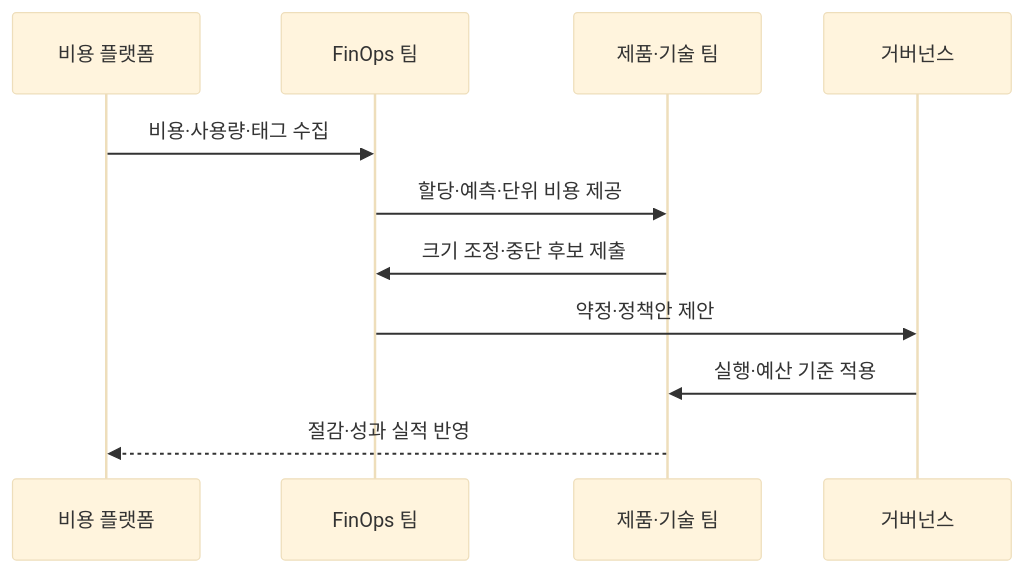
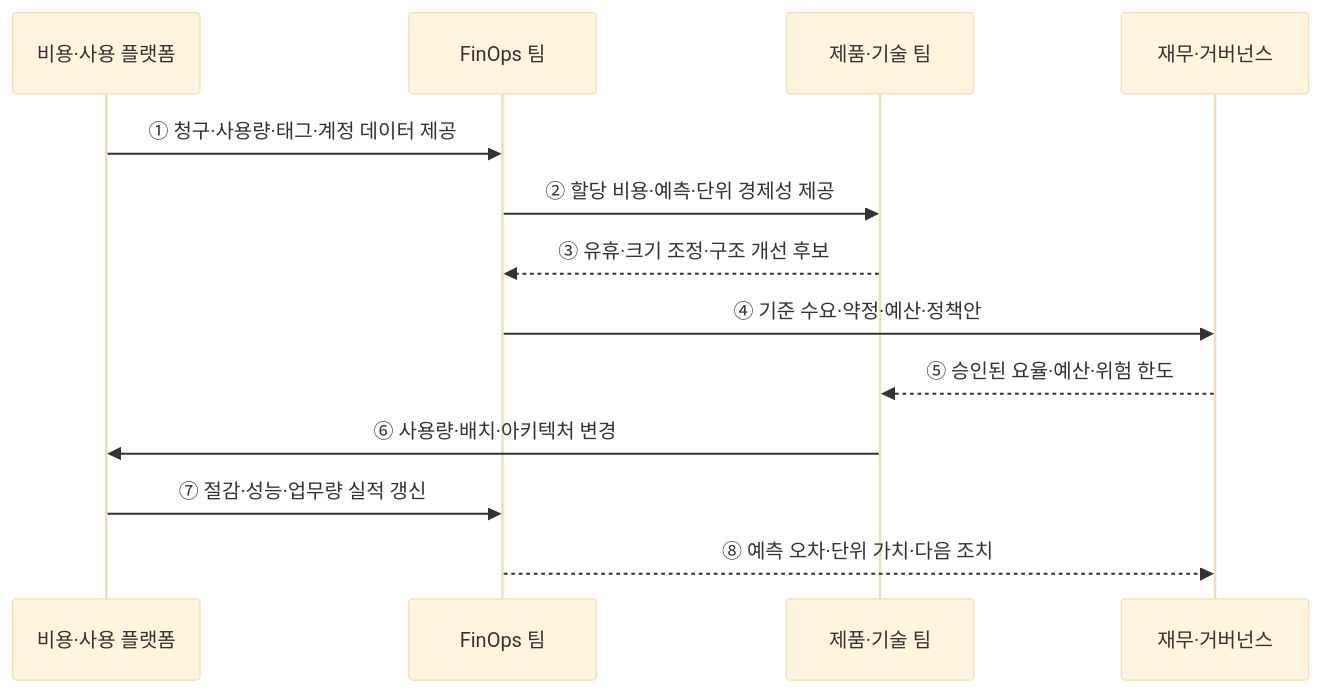
Before and after one commit to agnusdei1207/knowledge-base: the second of 2 diagrams in src/content/docs/notes/03-software/147_finops.md, drawn with Mermaid (base theme). The commit also changed other lines of this file and 20 other files, not shown here.

````diff
--- a/src/content/docs/notes/03-software/147_finops.md
+++ b/src/content/docs/notes/03-software/147_finops.md
@@ -80,13 +70,15 @@
 ```mermaid
 sequenceDiagram
-    participant C as 비용 플랫폼
+    participant C as 비용·사용 플랫폼
     participant F as FinOps 팀
     participant E as 제품·기술 팀
-    participant G as 거버넌스
-    C->>F: 비용·사용량·태그 수집
-    F->>E: 할당·예측·단위 비용 제공
-    E->>F: 크기 조정·중단 후보 제출
-    F->>G: 약정·정책안 제안
-    G->>E: 실행·예산 기준 적용
-    E-->>C: 절감·성과 실적 반영
+    participant G as 재무·거버넌스
+    C->>F: ① 청구·사용량·태그·계정 데이터 제공
+    F->>E: ② 할당 비용·예측·단위 경제성 제공
+    E-->>F: ③ 유휴·크기 조정·구조 개선 후보
+    F->>G: ④ 기준 수요·약정·예산·정책안
+    G-->>E: ⑤ 승인된 요율·예산·위험 한도
+    E->>C: ⑥ 사용량·배치·아키텍처 변경
+    C->>F: ⑦ 절감·성능·업무량 실적 갱신
+    F-->>G: ⑧ 예측 오차·단위 가치·다음 조치
 ```
````
